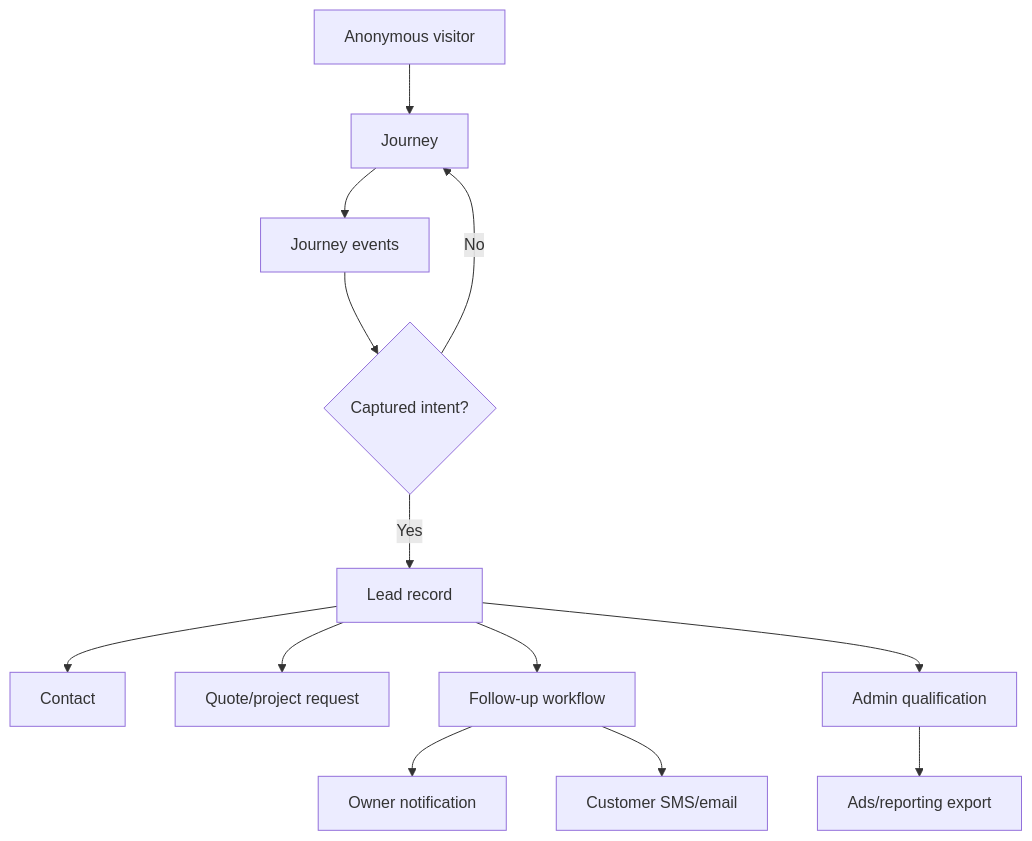
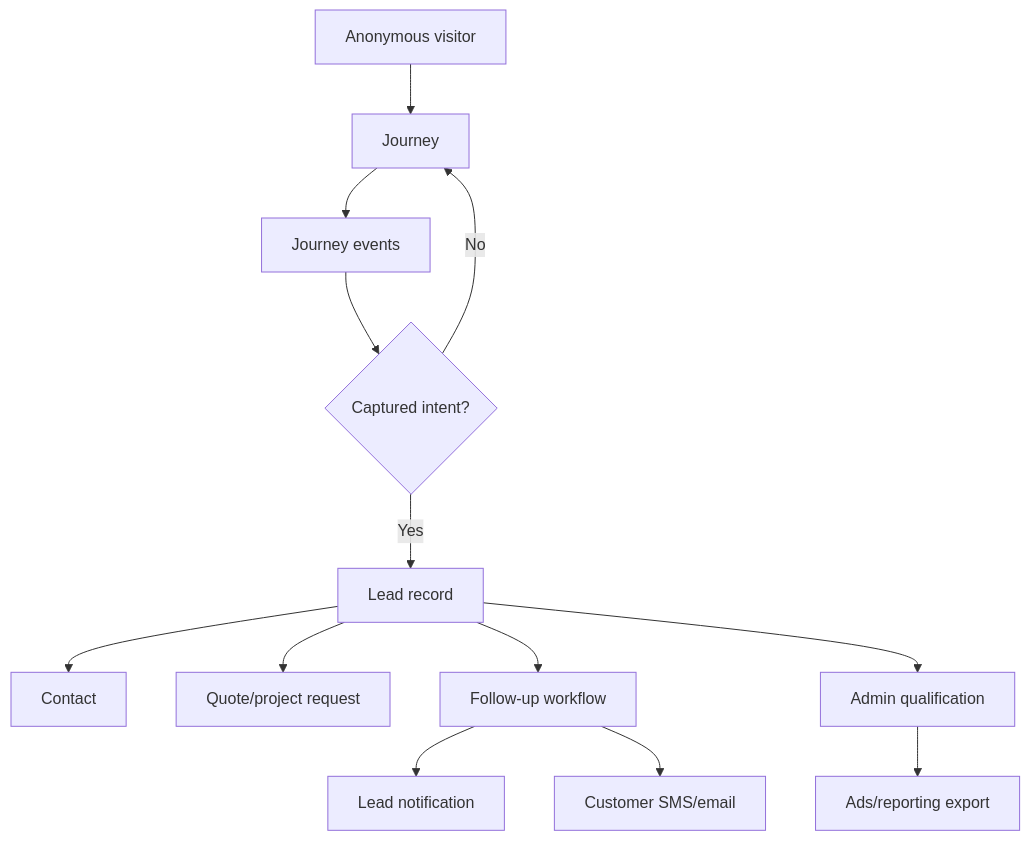
One commit to michaelgiraldo/craigs-autos changed the diagram in docs/lead-platform-lifecycle-plan-2026-04-18.md. Above: the diagram before and after it, drawn with Mermaid. The commit also changed other lines of this file and 36 other files, not shown here.

Commit message:
Refactor lead notification email templates

````diff
--- a/docs/lead-platform-lifecycle-plan-2026-04-18.md
+++ b/docs/lead-platform-lifecycle-plan-2026-04-18.md
@@ -25,15 +25,15 @@
 ```mermaid
 flowchart TD
   A["Anonymous visitor"] --> B["Journey"]
   B --> C["Journey events"]
   C --> D{"Captured intent?"}
   D -- "No" --> B
   D -- "Yes" --> E["Lead record"]
   E --> F["Contact"]
   E --> G["Quote/project request"]
   E --> H["Follow-up workflow"]
-  H --> I["Owner notification"]
+  H --> I["Lead notification"]
   H --> J["Customer SMS/email"]
   E --> K["Admin qualification"]
   K --> L["Ads/reporting export"]
 ```
````
